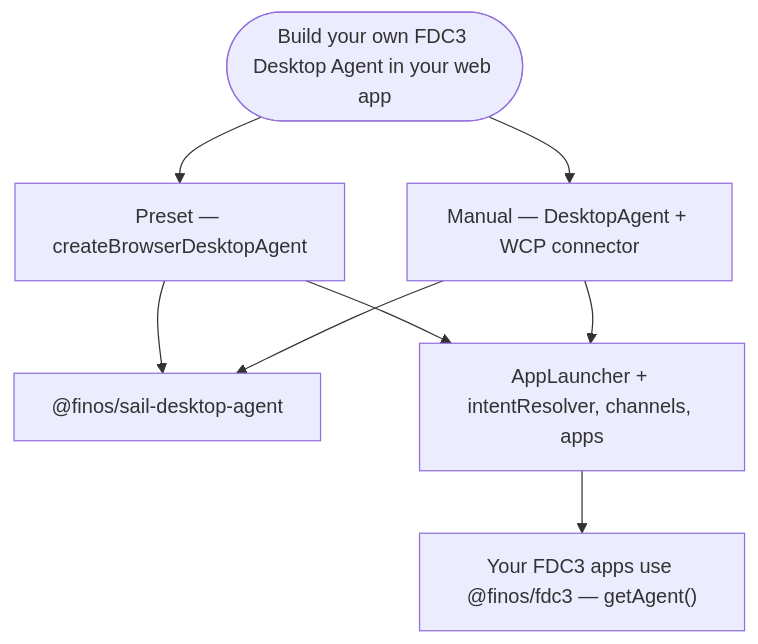
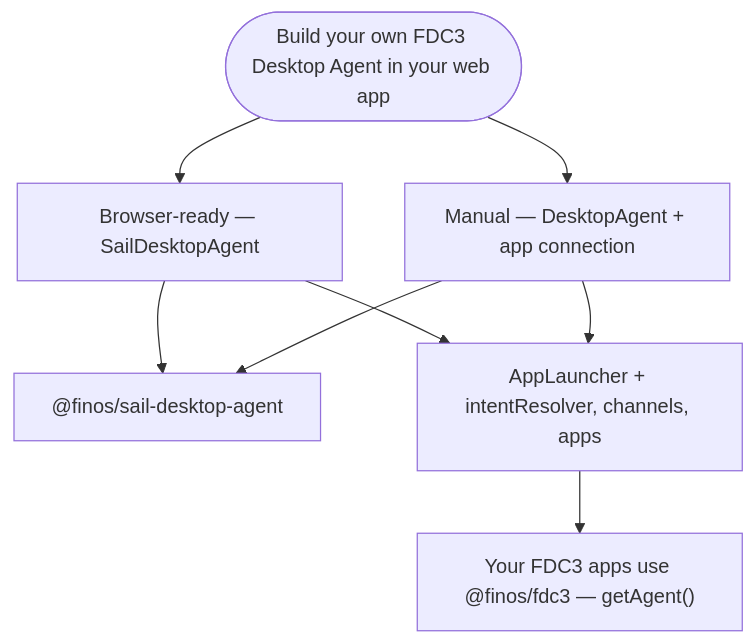
The first of 2 diagrams in website/docs/getting-started.md (SeeWhatsOn/FDC3-Sail), drawn with Mermaid before and after one commit. The commit also changed other lines of this file and 28 other files, not shown here.

First line of the commit message:
refactor: transition to SailDesktopAgent and streamline browser agent structure

````diff
--- a/website/docs/getting-started.md
+++ b/website/docs/getting-started.md
@@ -19,15 +19,15 @@
 ```mermaid
 flowchart TD
   Start([Build your own FDC3 Desktop Agent in your web app])
 
-  Start --> Preset["Preset — createBrowserDesktopAgent"]
-  Start --> Manual["Manual — DesktopAgent + WCP connector"]
+  Start --> BrowserReady["Browser-ready — SailDesktopAgent"]
+  Start --> Manual["Manual — DesktopAgent + app connection"]
 
-  Preset --> Package["@finos/sail-desktop-agent"]
+  BrowserReady --> Package["@finos/sail-desktop-agent"]
   Manual --> Package
 
-  Preset --> HostUI[AppLauncher + intentResolver, channels, apps]
+  BrowserReady --> HostUI[AppLauncher + intentResolver, channels, apps]
   Manual --> HostUI
 
   HostUI --> Apps["Your FDC3 apps use @finos/fdc3 — getAgent()"]
 ```
````
